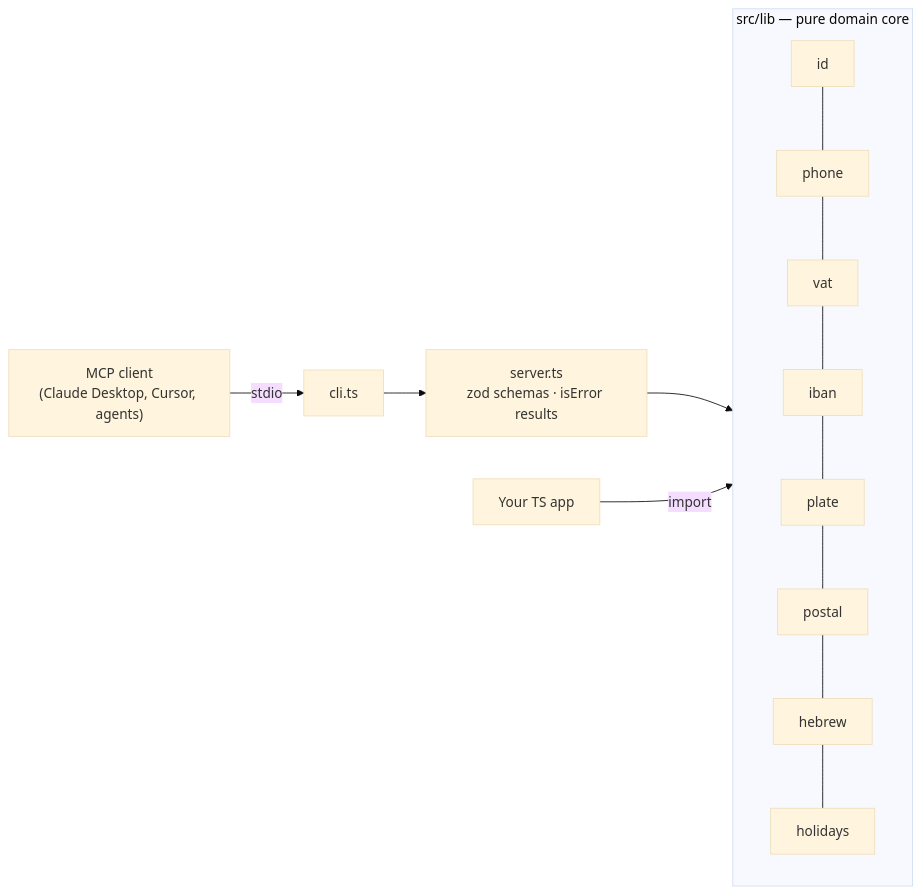
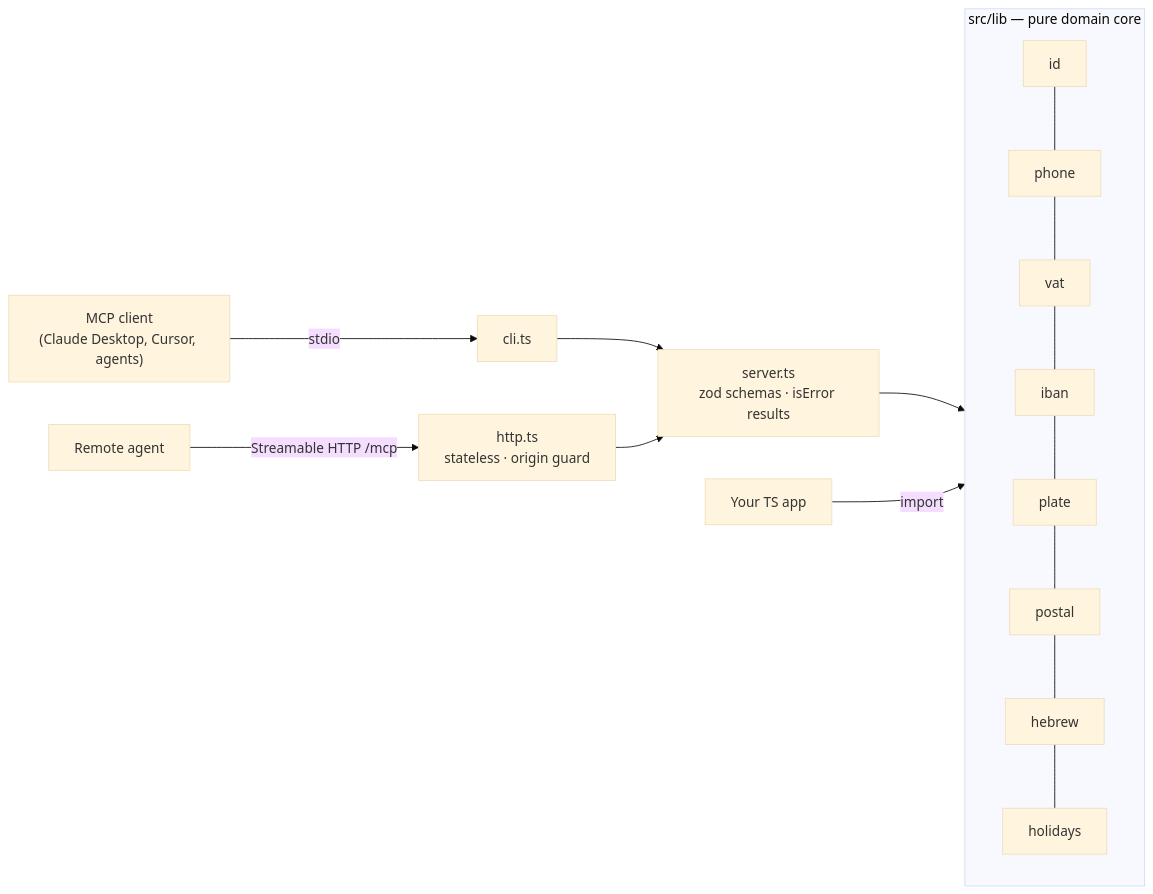
The diagram in README.md (Shtibel1/hebrew-il-mcp), drawn with Mermaid (base theme) before and after one commit. The commit also changed other lines of this file and 8 other files, not shown here.

First line of the commit message:
feat: stateless Streamable HTTP transport (v0.6.0)

````diff
--- a/README.md
+++ b/README.md
@@ -84,10 +95,12 @@
 ```mermaid
 flowchart LR
   C["MCP client<br/>(Claude Desktop, Cursor, agents)"] -- stdio --> CLI[cli.ts]
-  CLI --> S["server.ts<br/>zod schemas · isError results"]
+  R["Remote agent"] -- "Streamable HTTP /mcp" --> HTTP["http.ts<br/>stateless · origin guard"]
+  CLI --> S
+  HTTP --> S["server.ts<br/>zod schemas · isError results"]
   S --> L
   subgraph L["src/lib — pure domain core"]
     ID[id] --- PH[phone] --- VAT[vat] --- IB[iban] --- PL[plate] --- PO[postal] --- HE[hebrew] --- HO[holidays]
   end
   APP["Your TS app"] -- import --> L
 ```
````
